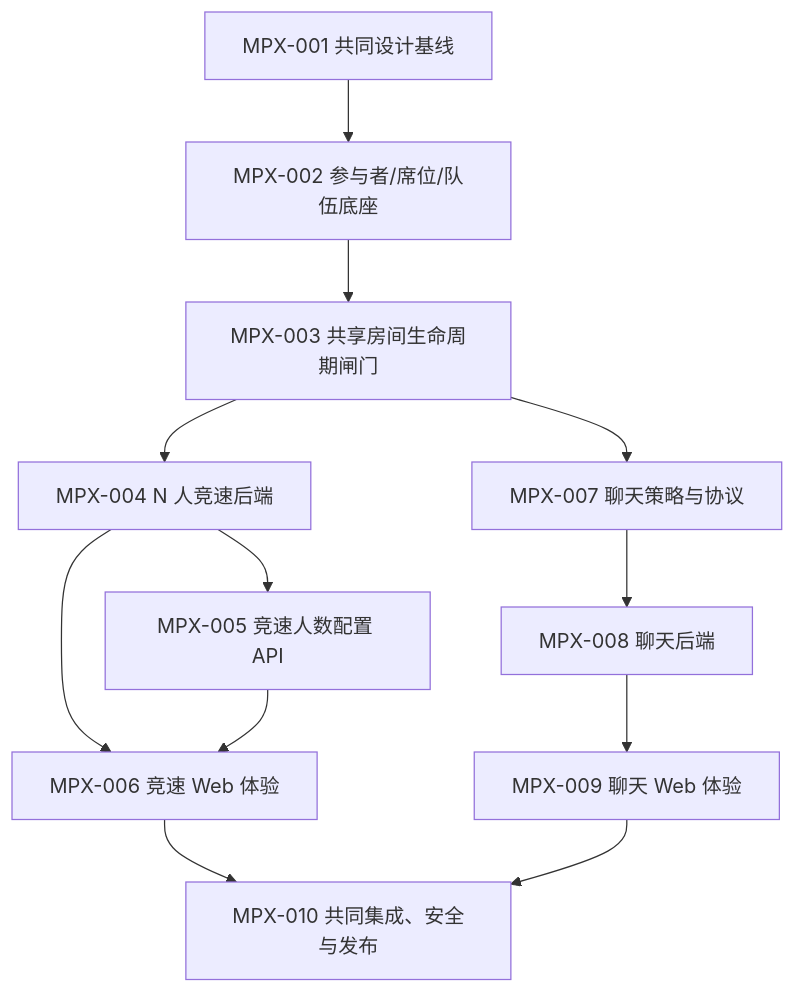
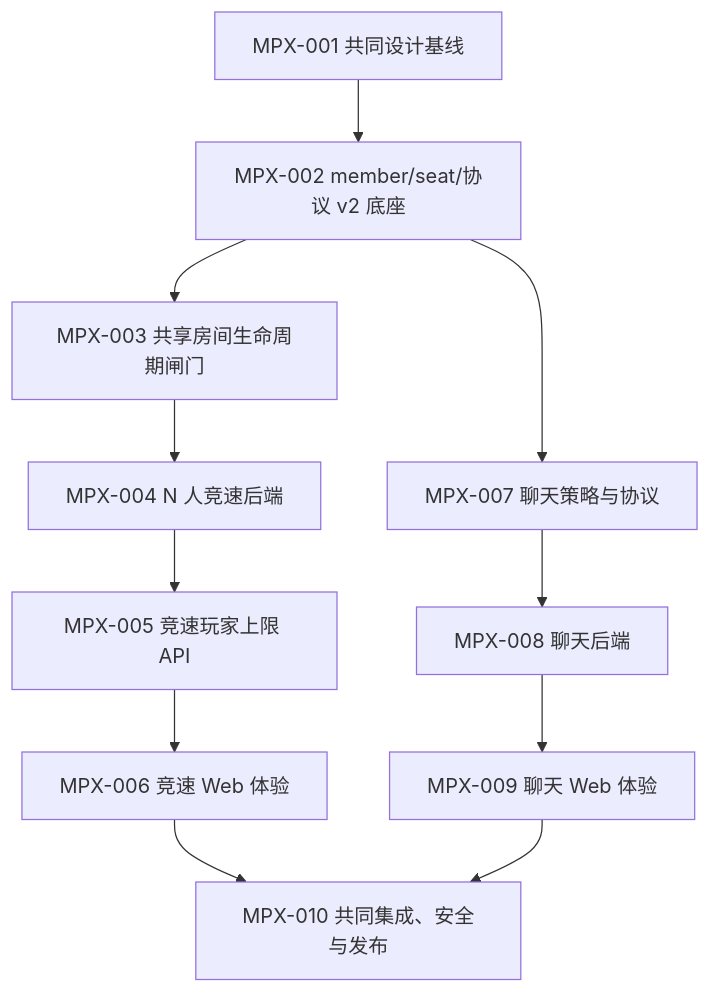
The fifth of 6 diagrams in docs/multiplayer-expansion/README.md (jachinzhang1/TouhouFlandre), drawn with Mermaid before and after one commit. The commit also changed other lines of this file and 10 other files, not shown here.

Commit message:
docs(multiplayer): refine expansion roadmap

````diff
--- a/docs/multiplayer-expansion/README.md
+++ b/docs/multiplayer-expansion/README.md
@@ -135,14 +160,13 @@
 ```mermaid
 flowchart TD
-    I1[MPX-001 共同设计基线] --> I2[MPX-002 参与者/席位/队伍底座]
+    I1[MPX-001 共同设计基线] --> I2[MPX-002 member/seat/协议 v2 底座]
     I2 --> I3[MPX-003 共享房间生命周期闸门]
     I3 --> A4[MPX-004 N 人竞速后端]
-    A4 --> A5[MPX-005 竞速人数配置 API]
-    A4 --> B6[MPX-006 竞速 Web 体验]
-    A5 --> B6
-    I3 --> A7[MPX-007 聊天策略与协议]
+    A4 --> A5[MPX-005 竞速玩家上限 API]
+    A5 --> B6[MPX-006 竞速 Web 体验]
+    I2 --> A7[MPX-007 聊天策略与协议]
     A7 --> A8[MPX-008 聊天后端]
     A8 --> B9[MPX-009 聊天 Web 体验]
     B6 --> I10[MPX-010 共同集成、安全与发布]
     B9 --> I10
 ```
````
